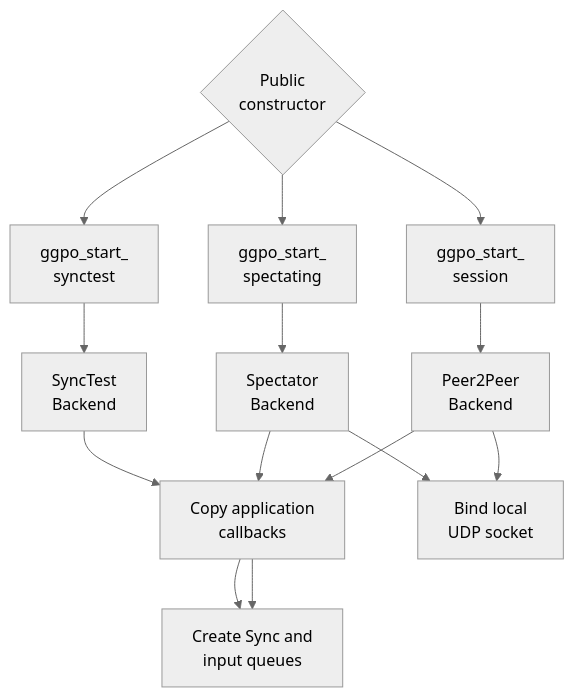
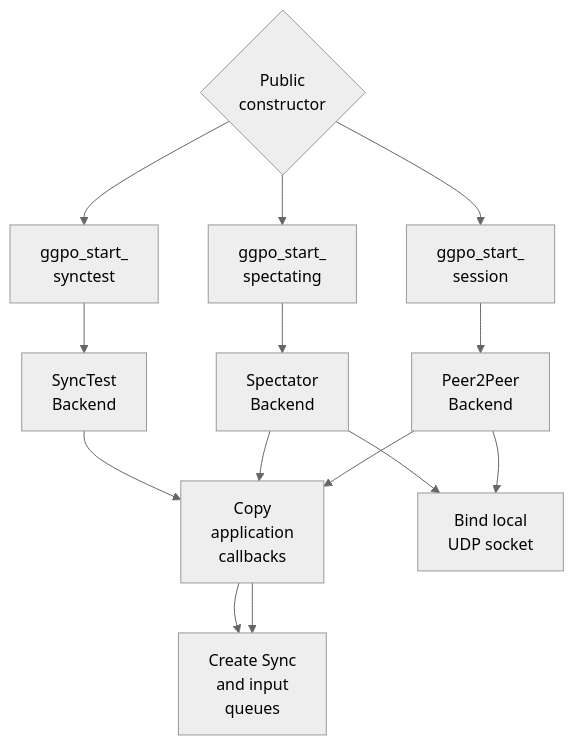
One commit to irregularthanis/ggpo-next changed the first of 3 diagrams in doc/architecture/Runtime.md. Above: the diagram before and after it, drawn with Mermaid (neutral theme). The commit also changed other lines of this file and 8 other files, not shown here.

Commit message:
docs: tighten all architecture diagram wrapping

````diff
--- a/doc/architecture/Runtime.md
+++ b/doc/architecture/Runtime.md
@@ -31,22 +31,22 @@
 ```mermaid
 flowchart TD
     Start{"Public<br/>constructor"}
     P2P["ggpo_start_<br/>session"]
     Spectate["ggpo_start_<br/>spectating"]
     Test["ggpo_start_<br/>synctest"]
     P2PBackend["Peer2Peer<br/>Backend"]
     SpectatorBackend["Spectator<br/>Backend"]
     SyncTestBackend["SyncTest<br/>Backend"]
-    Callbacks["Copy application<br/>callbacks"]
-    Queues["Create Sync and<br/>input queues"]
+    Callbacks["Copy<br/>application<br/>callbacks"]
+    Queues["Create Sync<br/>and input<br/>queues"]
     Socket["Bind local<br/>UDP socket"]
 
     Start --> P2P --> P2PBackend
     Start --> Spectate --> SpectatorBackend
     Start --> Test --> SyncTestBackend
     P2PBackend --> Callbacks --> Queues
     P2PBackend --> Socket
     SpectatorBackend --> Callbacks
     SpectatorBackend --> Socket
     SyncTestBackend --> Callbacks --> Queues
 ```
````
